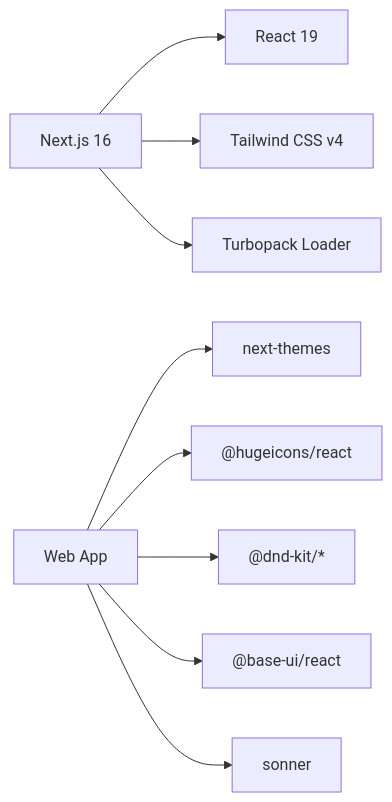
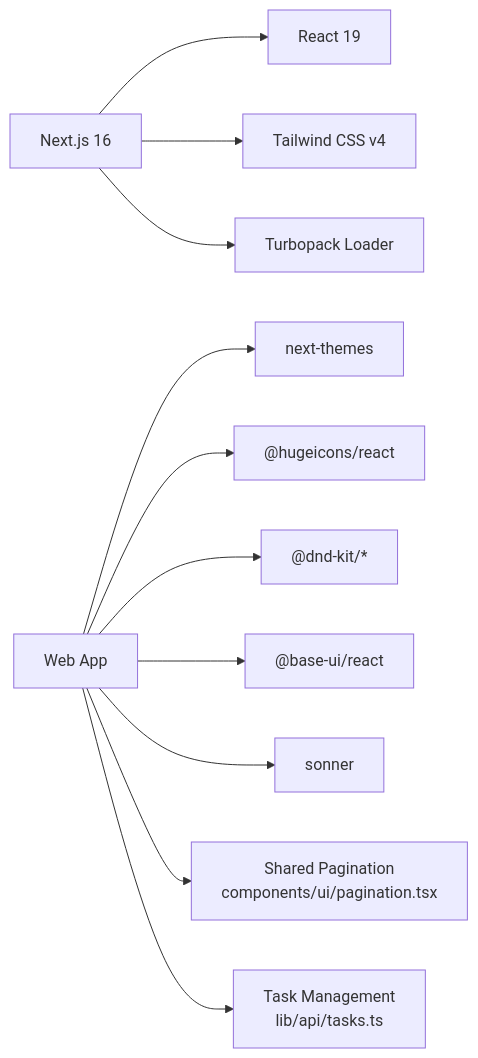
One commit to jejejesus/TaskFlow changed the fifth of 5 diagrams in .qoder/repowiki/en/content/Frontend Architecture/Frontend Architecture.md. Above: the diagram before and after it, drawn with Mermaid. The commit also changed other lines of this file and 21 other files, not shown here.

````diff
--- a/.qoder/repowiki/en/content/Frontend Architecture/Frontend Architecture.md
+++ b/.qoder/repowiki/en/content/Frontend Architecture/Frontend Architecture.md
@@ -356,11 +467,13 @@
 ```mermaid
 graph LR
 Next["Next.js 16"] --> React["React 19"]
 Next --> Tailwind["Tailwind CSS v4"]
 Next --> Turbopack["Turbopack Loader"]
 App["Web App"] --> Themes["next-themes"]
 App --> Icons["@hugeicons/react"]
 App --> DnD["@dnd-kit/*"]
 App --> UI["@base-ui/react"]
 App --> Toast["sonner"]
+App --> Pagination["Shared Pagination<br/>components/ui/pagination.tsx"]
+App --> TaskAPI["Task Management<br/>lib/api/tasks.ts"]
 ```
````
